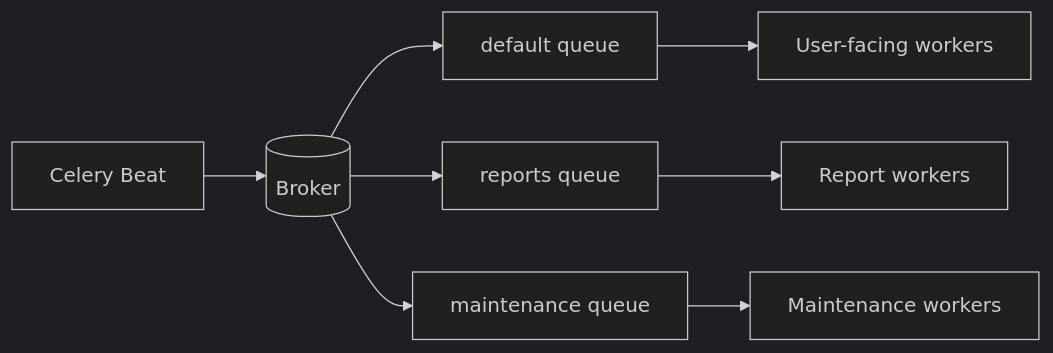
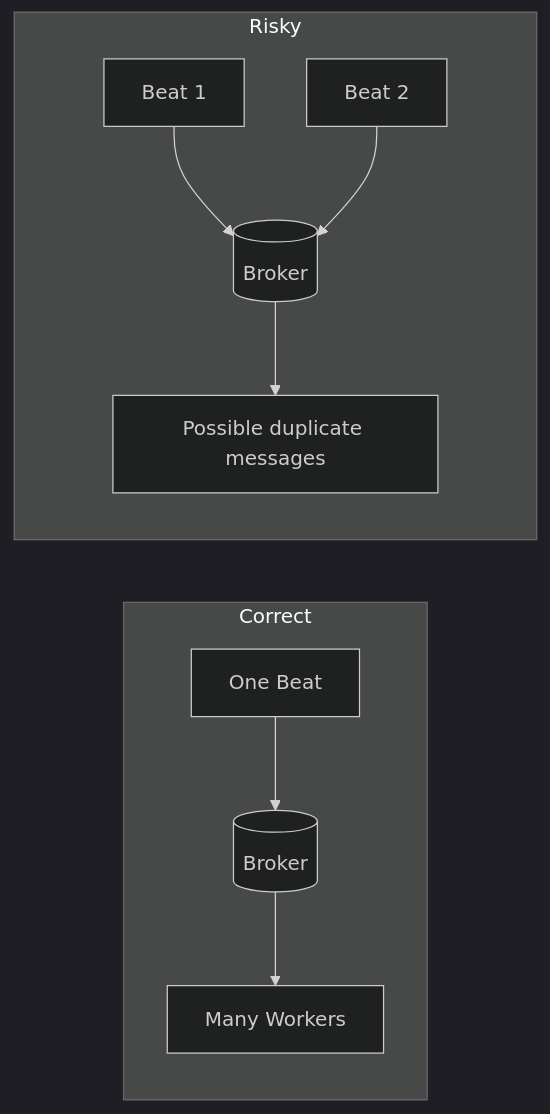
The third of 4 diagrams in src/content/task-processing/celery-beat-periodic-tasks.md (AvadhBhalodiya/Interview-Preparation), drawn with Mermaid (dark theme) before and after one commit. The commit also changed other lines of this file and 80 other files, not shown here.

````diff
--- a/src/content/task-processing/celery-beat-periodic-tasks.md
+++ b/src/content/task-processing/celery-beat-periodic-tasks.md
@@ -1252,10 +97,13 @@
 ```mermaid
 flowchart LR
-    B[Celery Beat] --> BR[(Broker)]
-    BR --> Q1[default queue]
-    BR --> Q2[reports queue]
-    BR --> Q3[maintenance queue]
-    Q1 --> W1[User-facing workers]
-    Q2 --> W2[Report workers]
-    Q3 --> W3[Maintenance workers]
+    subgraph Correct
+        B1[One Beat] --> Q1[(Broker)]
+        Q1 --> W[Many Workers]
+    end
+
+    subgraph Risky
+        B2[Beat 1] --> Q2[(Broker)]
+        B3[Beat 2] --> Q2
+        Q2 --> D[Possible duplicate messages]
+    end
 ```
````
